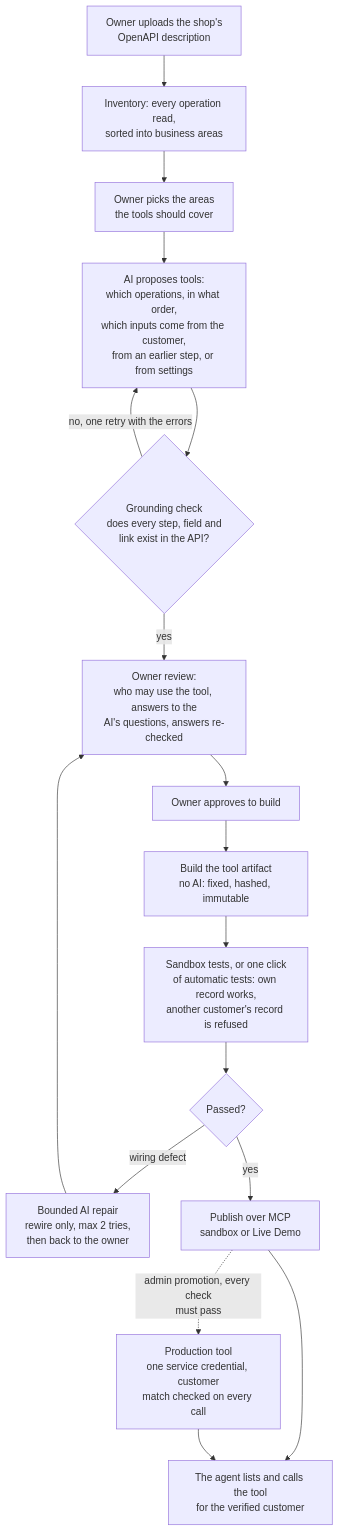
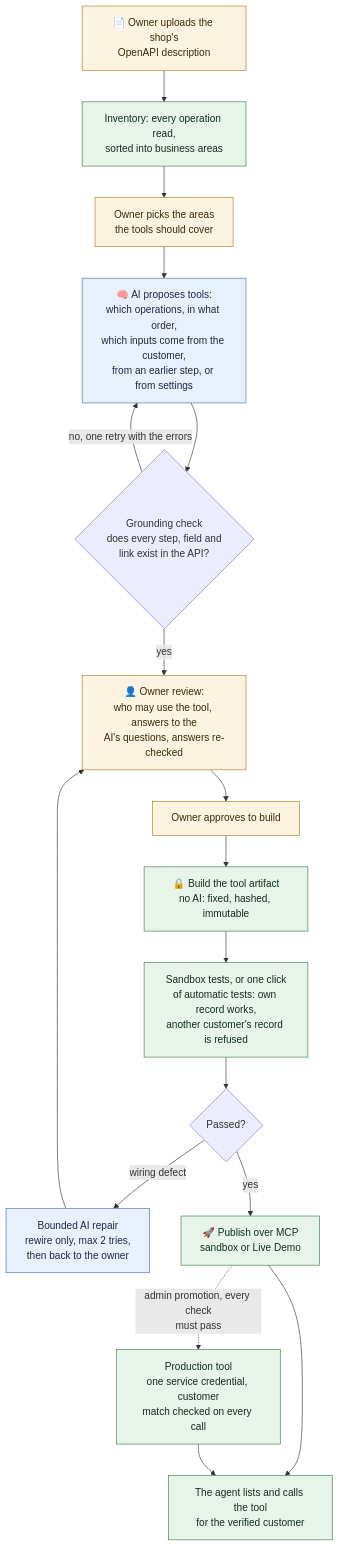
One commit to georgeemiL787/Ticket-Easy changed the fifth of 6 diagrams in README.md. Above: the diagram before and after it, drawn with Mermaid. The commit also changed other lines of this file, not shown here.

Commit message:
README: fix Python version and telecom scope, add onboarding and tests, add visuals and diagrams

````diff
--- a/README.md
+++ b/README.md
@@ -144,19 +188,26 @@
 ```mermaid
 flowchart TD
-  A["Owner uploads the shop's<br/>OpenAPI description"] --> B["Inventory: every operation read,<br/>sorted into business areas"]
+  A["📄 Owner uploads the shop's<br/>OpenAPI description"] --> B["Inventory: every operation read,<br/>sorted into business areas"]
   B --> C["Owner picks the areas<br/>the tools should cover"]
-  C --> D["AI proposes tools:<br/>which operations, in what order,<br/>which inputs come from the customer,<br/>from an earlier step, or from settings"]
+  C --> D["🧠 AI proposes tools:<br/>which operations, in what order,<br/>which inputs come from the customer,<br/>from an earlier step, or from settings"]
   D --> E{"Grounding check<br/>does every step, field and<br/>link exist in the API?"}
   E -- "no, one retry with the errors" --> D
-  E -- yes --> F["Owner review:<br/>who may use the tool, answers to the<br/>AI's questions, answers re-checked"]
+  E -- yes --> F["👤 Owner review:<br/>who may use the tool, answers to the<br/>AI's questions, answers re-checked"]
   F --> G["Owner approves to build"]
-  G --> H["Build the tool artifact<br/>no AI: fixed, hashed, immutable"]
+  G --> H["🔒 Build the tool artifact<br/>no AI: fixed, hashed, immutable"]
   H --> I["Sandbox tests, or one click<br/>of automatic tests: own record works,<br/>another customer's record is refused"]
   I --> J{"Passed?"}
   J -- "wiring defect" --> K["Bounded AI repair<br/>rewire only, max 2 tries,<br/>then back to the owner"]
   K --> F
-  J -- yes --> L["Publish over MCP<br/>sandbox or Live Demo"]
+  J -- yes --> L["🚀 Publish over MCP<br/>sandbox or Live Demo"]
   L --> M["The agent lists and calls the tool<br/>for the verified customer"]
   L -.->|"admin promotion, every check<br/>must pass"| N["Production tool<br/>one service credential, customer<br/>match checked on every call"]
   N --> M
+
+  classDef ai fill:#e8f0fe,stroke:#4a6fa5,color:#1b2b45
+  classDef human fill:#fdf3e1,stroke:#b07a1f,color:#3b2a08
+  classDef code fill:#e6f4ea,stroke:#3b7d4f,color:#12301c
+  class D,K ai
+  class A,C,F,G human
+  class B,H,I,L,M,N code
 ```
````
